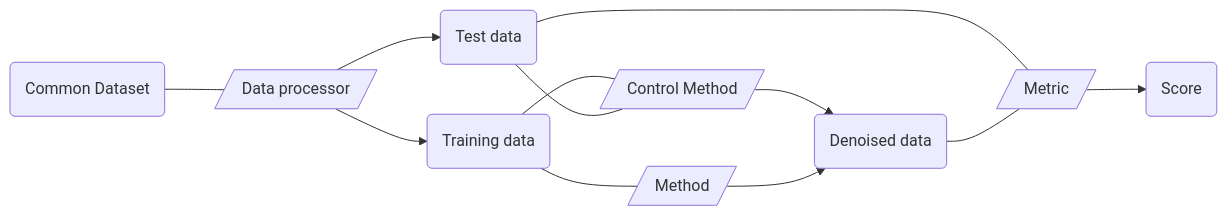
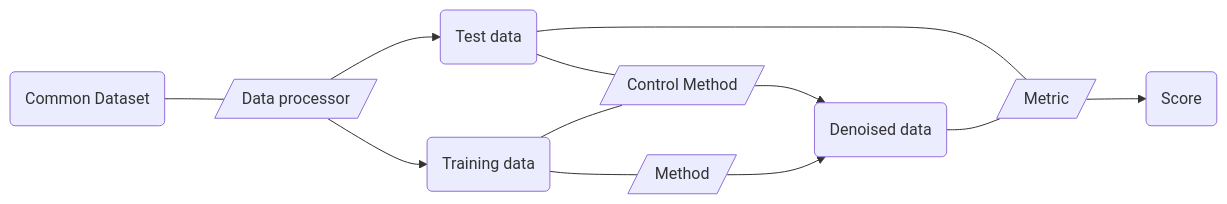
One commit to wes-lewis/task_denoising changed the diagram in README.md. Above: the diagram before and after it, drawn with Mermaid. The commit also changed other lines of this file and 42 other files, not shown here.

````diff
--- a/README.md
+++ b/README.md
@@ -114,23 +47,23 @@
 ``` mermaid
 flowchart LR
   file_common_dataset("Common Dataset")
-  comp_process_dataset[/"Data processor"/]
-  file_train_h5ad("Training data")
-  file_test_h5ad("Test data")
+  comp_data_processor[/"Data processor"/]
+  file_test("Test data")
+  file_train("Training data")
   comp_control_method[/"Control Method"/]
+  comp_metric[/"Metric"/]
   comp_method[/"Method"/]
-  comp_metric[/"Metric"/]
   file_prediction("Denoised data")
   file_score("Score")
-  file_common_dataset---comp_process_dataset
-  comp_process_dataset-->file_train_h5ad
-  comp_process_dataset-->file_test_h5ad
-  file_train_h5ad---comp_control_method
-  file_train_h5ad---comp_method
-  file_test_h5ad---comp_control_method
-  file_test_h5ad---comp_metric
+  file_common_dataset---comp_data_processor
+  comp_data_processor-->file_test
+  comp_data_processor-->file_train
+  file_test---comp_control_method
+  file_test---comp_metric
+  file_train---comp_control_method
+  file_train---comp_method
   comp_control_method-->file_prediction
+  comp_metric-->file_score
   comp_method-->file_prediction
-  comp_metric-->file_score
   file_prediction---comp_metric
 ```
````
